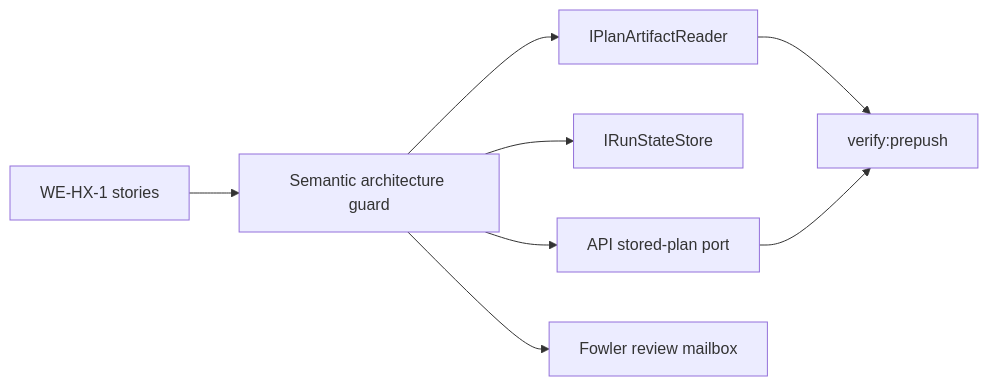
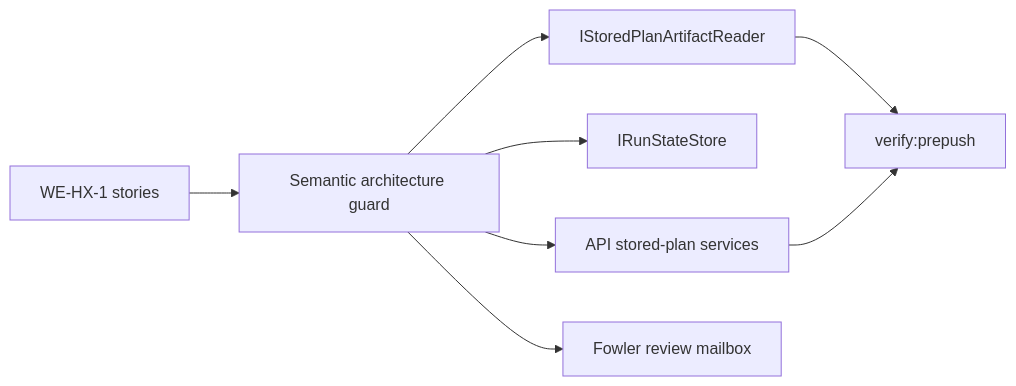
One commit to dunay2/dvt changed the diagram in docs/architecture/components/engine/architecture/workflow-engine-boundary-ownership-user-stories.md. Above: the diagram before and after it, drawn with Mermaid. The commit also changed other lines of this file and 32 other files, not shown here.

````diff
--- a/docs/architecture/components/engine/architecture/workflow-engine-boundary-ownership-user-stories.md
+++ b/docs/architecture/components/engine/architecture/workflow-engine-boundary-ownership-user-stories.md
@@ -104,10 +106,10 @@
 ```mermaid
 flowchart LR
   Stories["WE-HX-1 stories"] --> Guard["Semantic architecture guard"]
-  Guard --> EnginePort["IPlanArtifactReader"]
+  Guard --> ArtifactPort["IStoredPlanArtifactReader"]
   Guard --> RunState["IRunStateStore"]
-  Guard --> ApiPort["API stored-plan port"]
+  Guard --> ApiService["API stored-plan services"]
   Guard --> Review["Fowler review mailbox"]
-  EnginePort --> Prepush["verify:prepush"]
-  ApiPort --> Prepush
+  ArtifactPort --> Prepush["verify:prepush"]
+  ApiService --> Prepush
 ```
````
